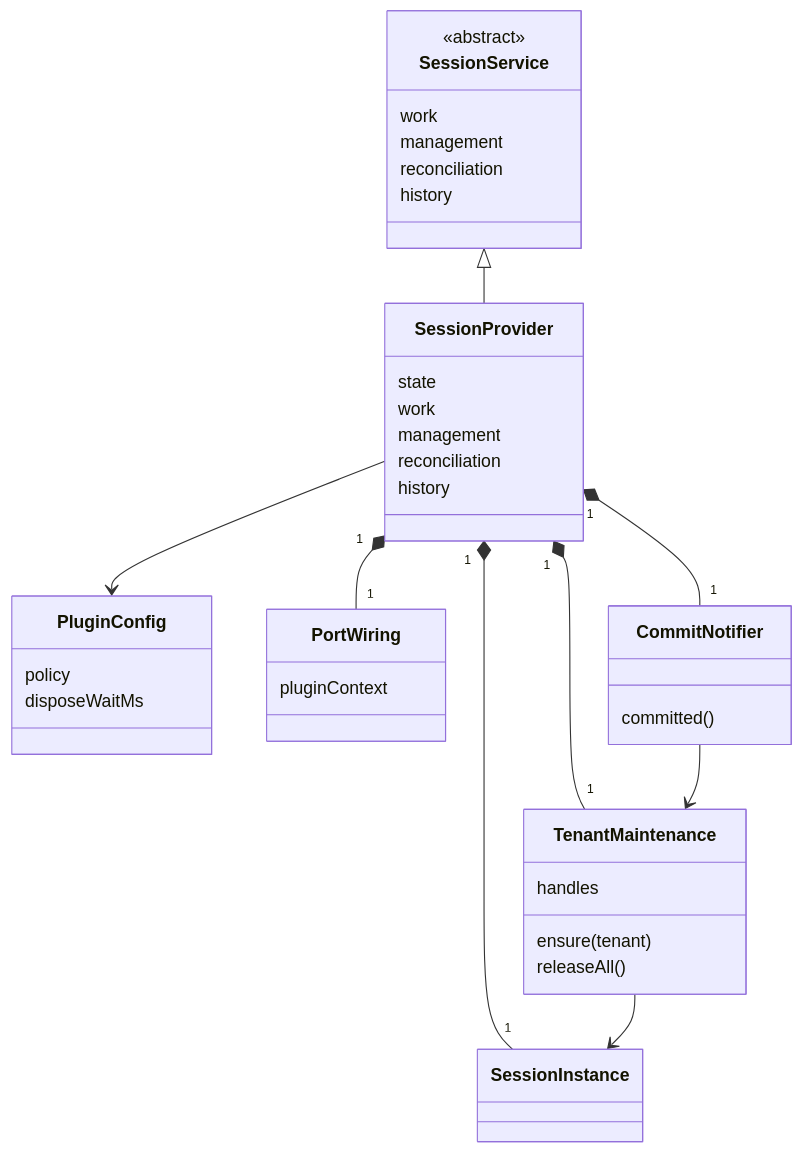
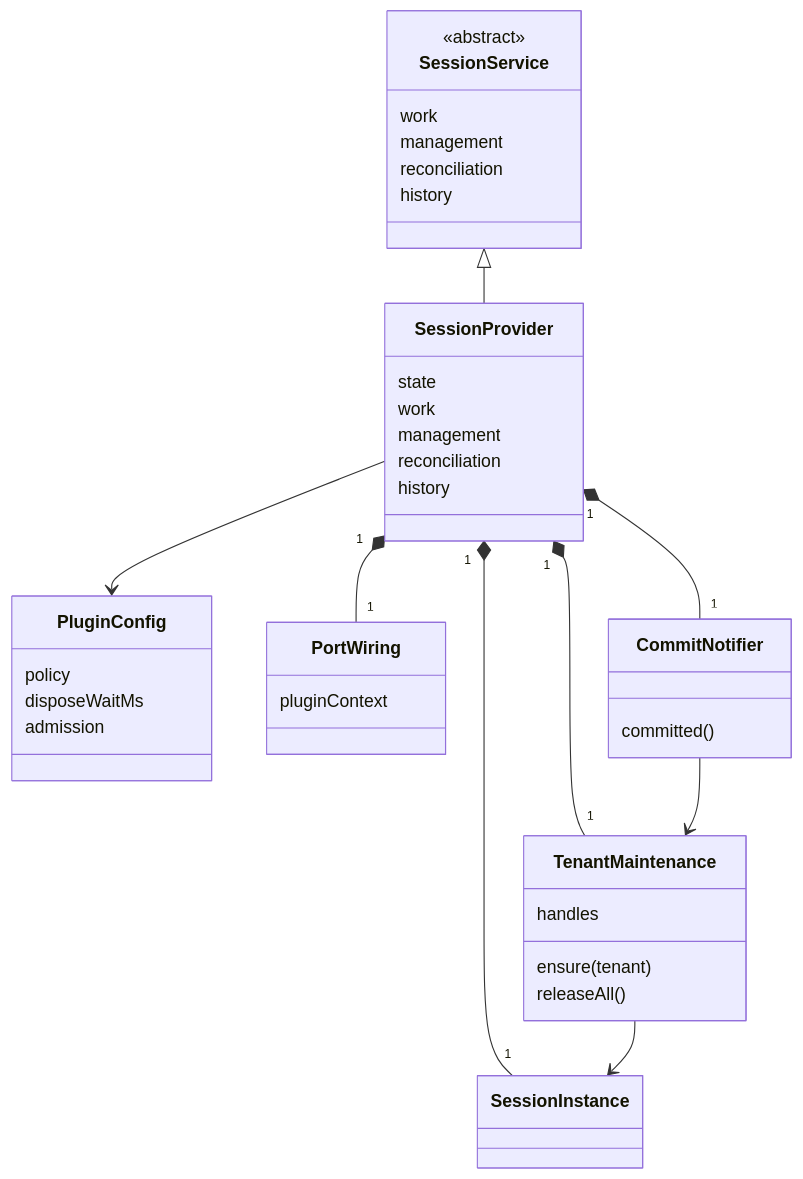
One commit to nemori-ai/omne-harness-lite changed the diagram in packages/session/session-cordis/docs/object-model.md. Above: the diagram before and after it, drawn with Mermaid. The commit also changed other lines of this file and 71 other files, not shown here.

````diff
--- a/packages/session/session-cordis/docs/object-model.md
+++ b/packages/session/session-cordis/docs/object-model.md
@@ -17,41 +17,42 @@
 ```mermaid
 classDiagram
   class SessionService {
     <<abstract>>
     work
     management
     reconciliation
     history
   }
   class SessionProvider {
     state
     work
     management
     reconciliation
     history
   }
   class PluginConfig {
     policy
     disposeWaitMs
+    admission
   }
   class PortWiring {
     pluginContext
   }
   class CommitNotifier {
     committed()
   }
   class TenantMaintenance {
     handles
     ensure(tenant)
     releaseAll()
   }
   class SessionInstance
   SessionService <|-- SessionProvider
   SessionProvider --> PluginConfig
   SessionProvider "1" *-- "1" SessionInstance
   SessionProvider "1" *-- "1" PortWiring
   SessionProvider "1" *-- "1" CommitNotifier
   SessionProvider "1" *-- "1" TenantMaintenance
   CommitNotifier --> TenantMaintenance
   TenantMaintenance --> SessionInstance
 ```
````
